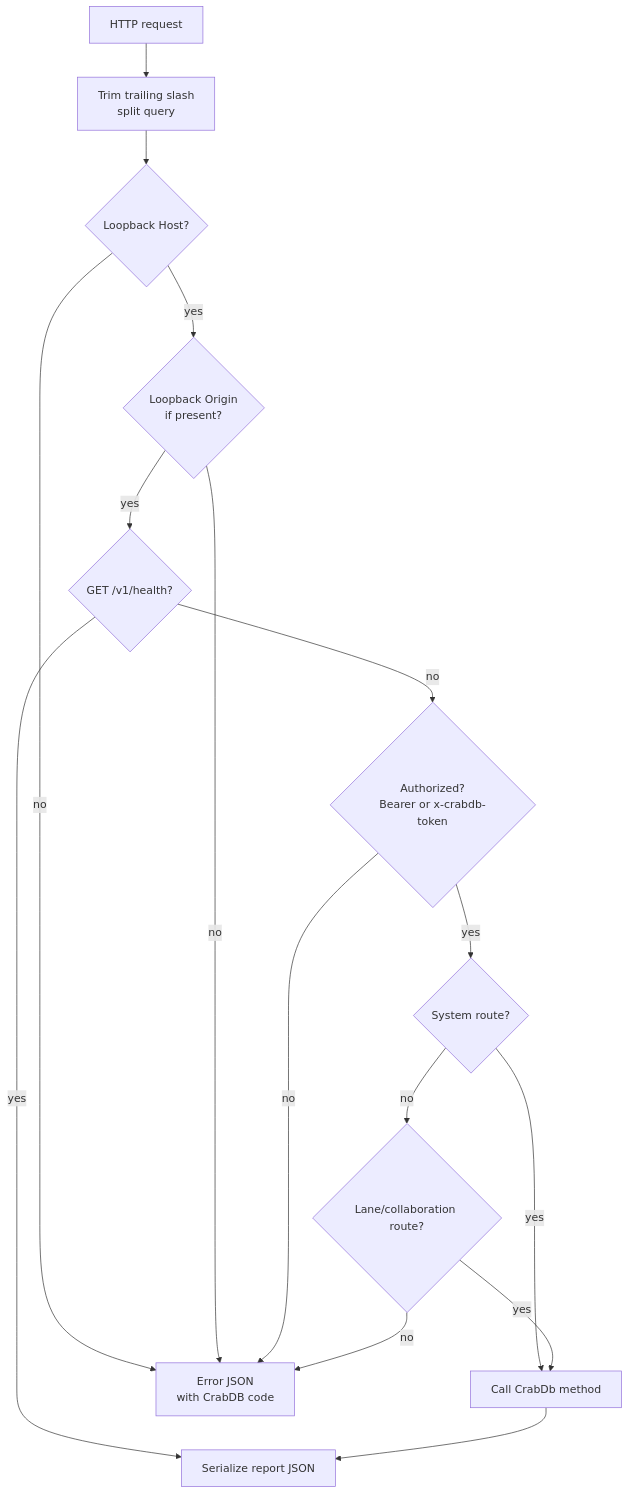
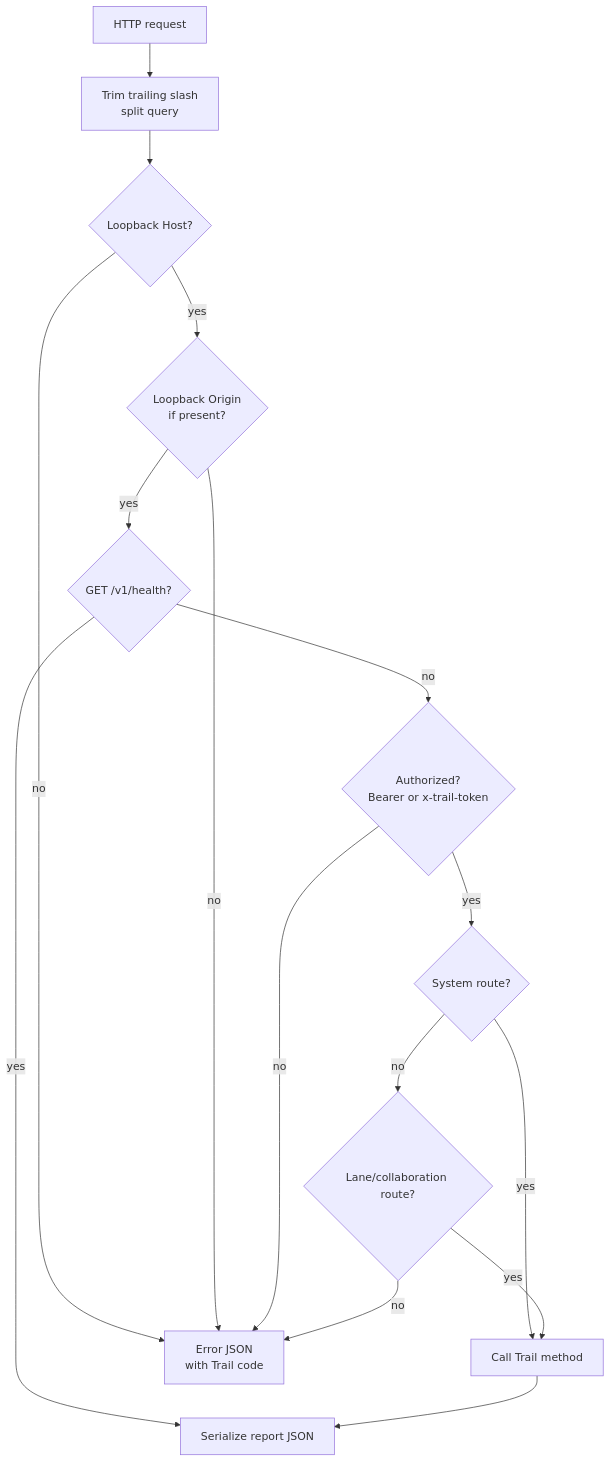
One commit to crabbuild/trail changed the second of 4 diagrams in docs/design/daemon-http-and-mcp.md. Above: the diagram before and after it, drawn with Mermaid. The commit also changed other lines of this file and 650 other files, not shown here.

Commit message:
chore: rename CrabDB to Trail

````diff
--- a/docs/design/daemon-http-and-mcp.md
+++ b/docs/design/daemon-http-and-mcp.md
@@ -153,30 +153,30 @@
 ```mermaid
 flowchart TB
     Request["HTTP request"]
     Normalize["Trim trailing slash<br/>split query"]
     Host{"Loopback Host?"}
     Origin{"Loopback Origin<br/>if present?"}
     Health{"GET /v1/health?"}
-    Auth{"Authorized?<br/>Bearer or x-crabdb-token"}
+    Auth{"Authorized?<br/>Bearer or x-trail-token"}
     System{"System route?"}
     Lane{"Lane/collaboration route?"}
-    Core["Call CrabDb method"]
+    Core["Call Trail method"]
     Json["Serialize report JSON"]
-    Error["Error JSON<br/>with CrabDB code"]
+    Error["Error JSON<br/>with Trail code"]
 
     Request --> Normalize
     Normalize --> Host
     Host -- "no" --> Error
     Host -- "yes" --> Origin
     Origin -- "no" --> Error
     Origin -- "yes" --> Health
     Health -- "yes" --> Json
     Health -- "no" --> Auth
     Auth -- "no" --> Error
     Auth -- "yes" --> System
     System -- "yes" --> Core
     System -- "no" --> Lane
     Lane -- "yes" --> Core
     Lane -- "no" --> Error
     Core --> Json
 ```
````
